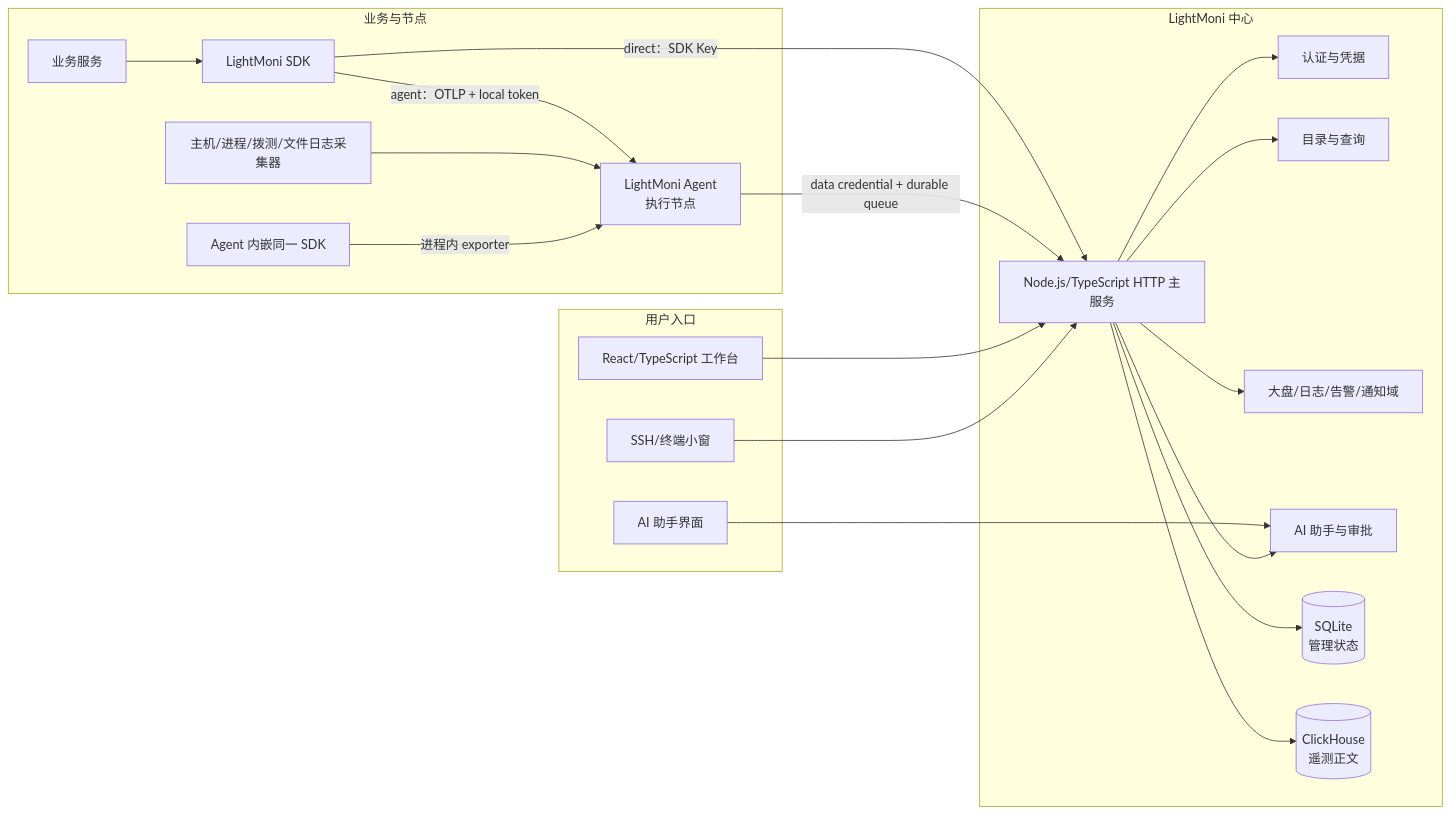
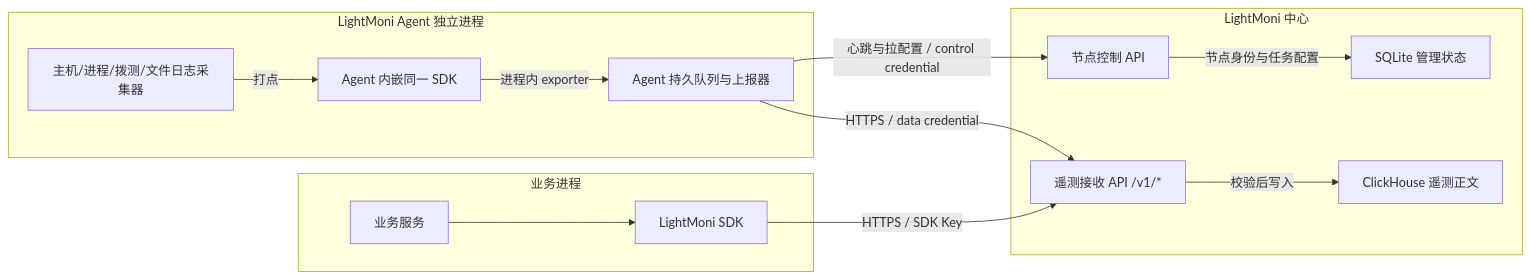
One commit to workhold/lightmoni changed the first of 5 diagrams in docs/system-design.md. Above: the diagram before and after it, drawn with Mermaid. The commit also changed other lines of this file and 4 other files, not shown here.

Commit message:
docs: clarify independent SDK and Agent reporting diagrams

````diff
--- a/docs/system-design.md
+++ b/docs/system-design.md
@@ -80,39 +84,26 @@
 ```mermaid
 flowchart LR
-  subgraph Client[业务与节点]
+  subgraph Business[业务进程]
     App[业务服务]
     SDK[LightMoni SDK]
-    Agent[LightMoni Agent\n执行节点]
+    App --> SDK
+  end
+  subgraph Node[LightMoni Agent 独立进程]
     Collector[主机/进程/拨测/文件日志采集器]
     NodeSDK[Agent 内嵌同一 SDK]
+    Agent[Agent 持久队列与上报器]
+    Collector -->|打点| NodeSDK
+    NodeSDK -->|进程内 exporter| Agent
   end
   subgraph Center[LightMoni 中心]
-    HTTP[Node.js/TypeScript HTTP 主服务]
-    Auth[认证与凭据]
-    Catalog[目录与查询]
-    Domains[大盘/日志/告警/通知域]
-    Assistant[AI 助手与审批]
-    SQLite[(SQLite\n管理状态)]
-    CH[(ClickHouse\n遥测正文)]
+    HTTP[遥测接收 API /v1/*]
+    Control[节点控制 API]
+    SQLite[SQLite 管理状态]
+    CH[ClickHouse 遥测正文]
   end
-  subgraph UI[用户入口]
-    Web[React/TypeScript 工作台]
-    AIUI[AI 助手界面]
-    SSH[SSH/终端小窗]
-  end
-  App --> SDK
-  SDK -->|direct：SDK Key| HTTP
-  SDK -->|agent：OTLP + local token| Agent
-  Collector --> Agent
-  NodeSDK -->|进程内 exporter| Agent
-  Agent -->|data credential + durable queue| HTTP
-  Web --> HTTP
-  AIUI --> Assistant
-  SSH --> HTTP
-  HTTP --> Auth
-  HTTP --> Catalog
-  HTTP --> Domains
-  HTTP --> Assistant
-  HTTP --> SQLite
-  HTTP --> CH
+  SDK -->|HTTPS / SDK Key| HTTP
+  Agent -->|HTTPS / data credential| HTTP
+  Agent -->|心跳与拉配置 / control credential| Control
+  HTTP -->|校验后写入| CH
+  Control -->|节点身份与任务配置| SQLite
 ```
````
